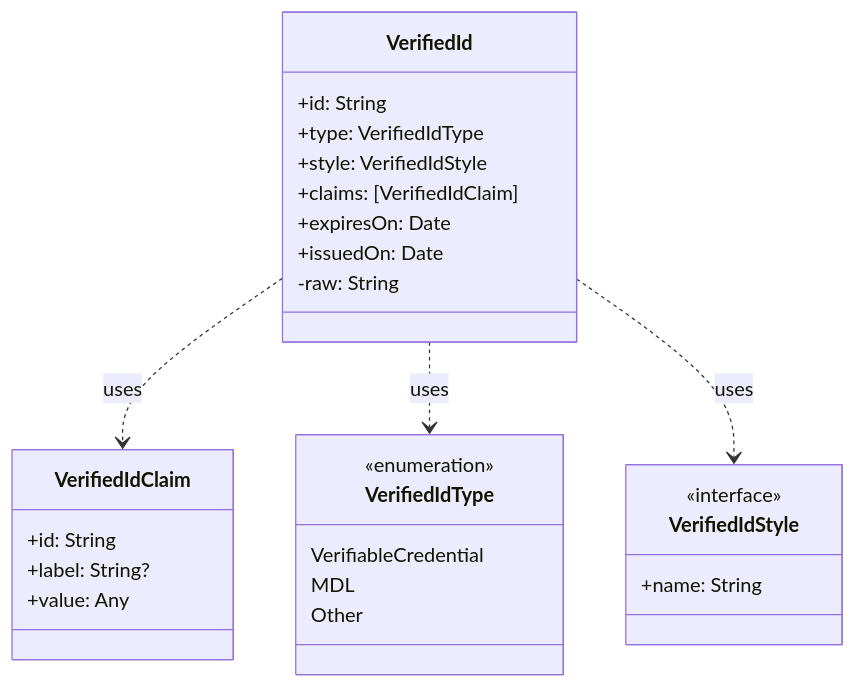
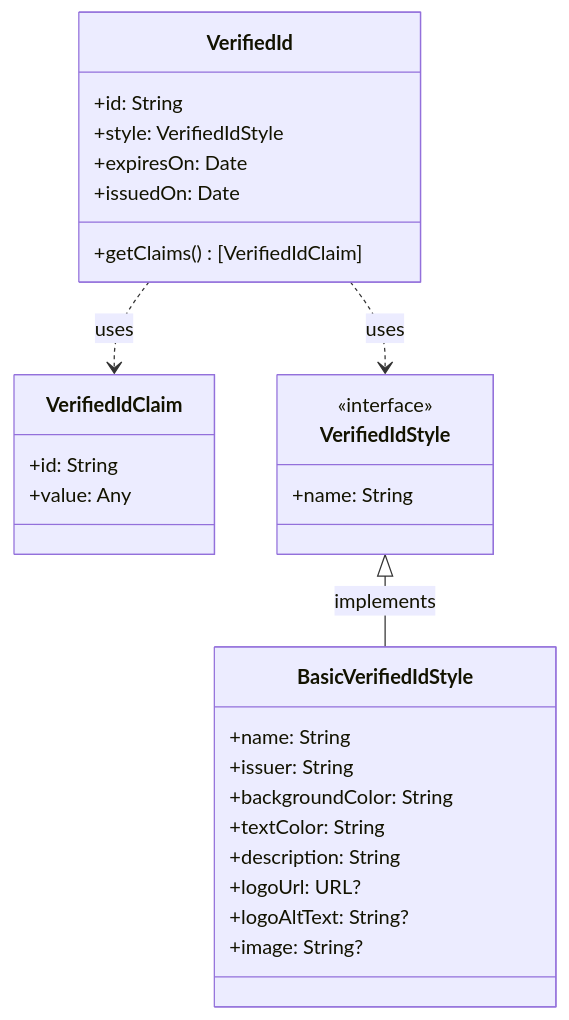
One commit to microsoft/entra-verifiedid-wallet-library-ios changed the third of 3 diagrams in Docs/LibraryArchitecture.md. Above: the diagram before and after it, drawn with Mermaid. The commit also changed other lines of this file, not shown here.

````diff
--- a/Docs/LibraryArchitecture.md
+++ b/Docs/LibraryArchitecture.md
@@ -132,33 +154,34 @@
 ```mermaid
 classDiagram
 VerifiedId ..> VerifiedIdClaim: uses
-VerifiedId ..> VerifiedIdType: uses
 VerifiedId ..> VerifiedIdStyle: uses
+VerifiedIdStyle <|-- BasicVerifiedIdStyle: implements
 class VerifiedId {
     +id: String
-    +type: VerifiedIdType
     +style: VerifiedIdStyle
-    +claims: [VerifiedIdClaim]
     +expiresOn: Date
     +issuedOn: Date
-    -raw: String
-}
-
-<<enumeration>> VerifiedIdType
-class VerifiedIdType {
-    VerifiableCredential
-    MDL
-    Other
+    +getClaims() [VerifiedIdClaim]
 }
 
 <<interface>> VerifiedIdStyle
 class VerifiedIdStyle {
     +name: String
 }
 
+class BasicVerifiedIdStyle {
+    +name: String
+    +issuer: String
+    +backgroundColor: String
+    +textColor: String
+    +description: String
+    +logoUrl: URL?
+    +logoAltText: String?
+    +image: String?
+}
+
 class VerifiedIdClaim {
     +id: String
-    +label: String?
     +value: Any
 }
 ```
````
